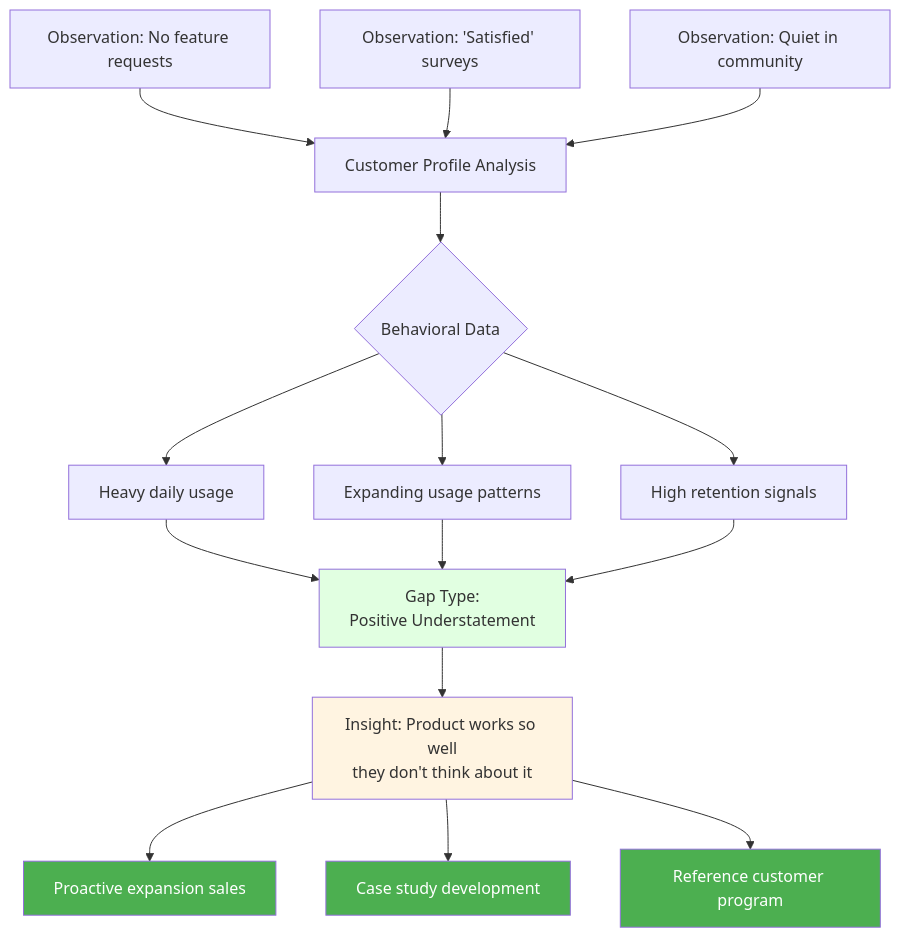
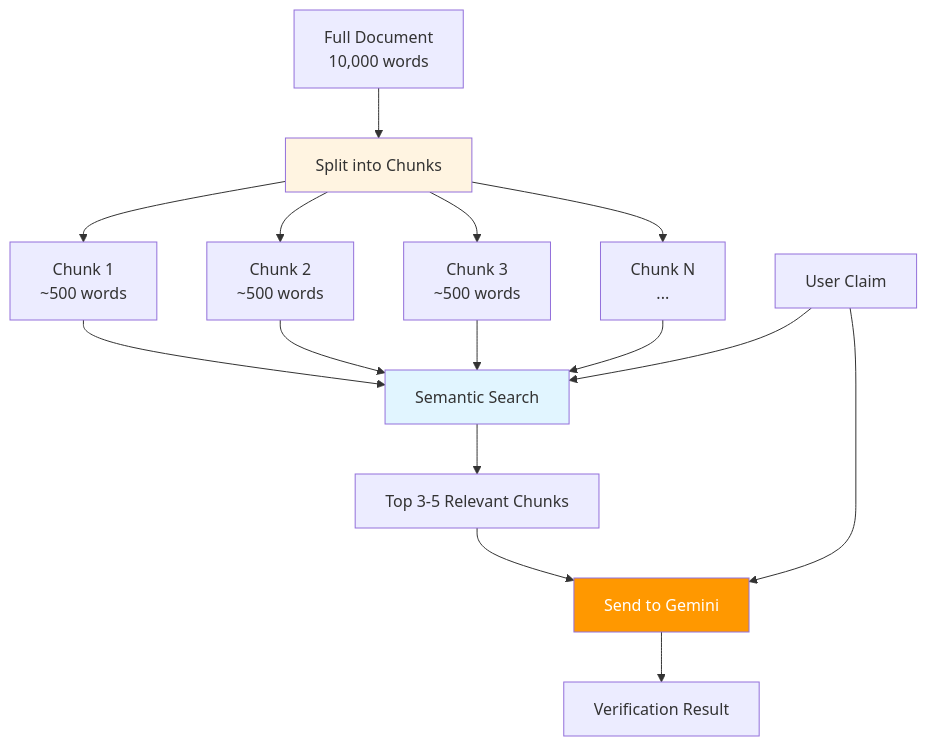
Diagram 17 of 20 in docs/01_conceptual_framework.md (Krish-Om/contradiction-detection-system), drawn with Mermaid before and after one commit. The commit also changed other lines of this file and 5 other files, not shown here.

````diff
--- a/docs/01_conceptual_framework.md
+++ b/docs/01_conceptual_framework.md
@@ -543,26 +499,25 @@
 ```mermaid
-graph TB
-    Obs1[Observation: No feature requests] --> Profile[Customer Profile Analysis]
-    Obs2[Observation: 'Satisfied' surveys] --> Profile
-    Obs3[Observation: Quiet in community] --> Profile
-    
-    Profile --> Behavior{Behavioral Data}
-    
-    Behavior --> B1[Heavy daily usage]
-    Behavior --> B2[Expanding usage patterns]
-    Behavior --> B3[High retention signals]
-    
-    B1 & B2 & B3 --> Gap[Gap Type:<br/>Positive Understatement]
-    
-    Gap --> Insight[Insight: Product works so well<br/>they don't think about it]
-    
-    Insight --> Action1[Proactive expansion sales]
-    Insight --> Action2[Case study development]
-    Insight --> Action3[Reference customer program]
-    
-    style Gap fill:#e1ffe1
-    style Insight fill:#fff4e1
-    style Action1 fill:#4caf50,color:#fff
-    style Action2 fill:#4caf50,color:#fff
-    style Action3 fill:#4caf50,color:#fff
+flowchart TD
+    Doc[Full Document<br/>10,000 words] --> Split[Split into Chunks]
+
+    Split --> C1[Chunk 1<br/>~500 words]
+    Split --> C2[Chunk 2<br/>~500 words]
+    Split --> C3[Chunk 3<br/>~500 words]
+    Split --> CN[Chunk N<br/>...]
+
+    Claim[User Claim] --> Search[Semantic Search]
+    C1 --> Search
+    C2 --> Search
+    C3 --> Search
+    CN --> Search
+
+    Search --> Top[Top 3-5 Relevant Chunks]
+    Top --> LLM[Send to Gemini]
+    Claim --> LLM
+
+    LLM --> Response[Verification Result]
+
+    style Split fill:#fff4e1
+    style Search fill:#e1f5ff
+    style LLM fill:#ff9800,color:#fff
 ```
````
